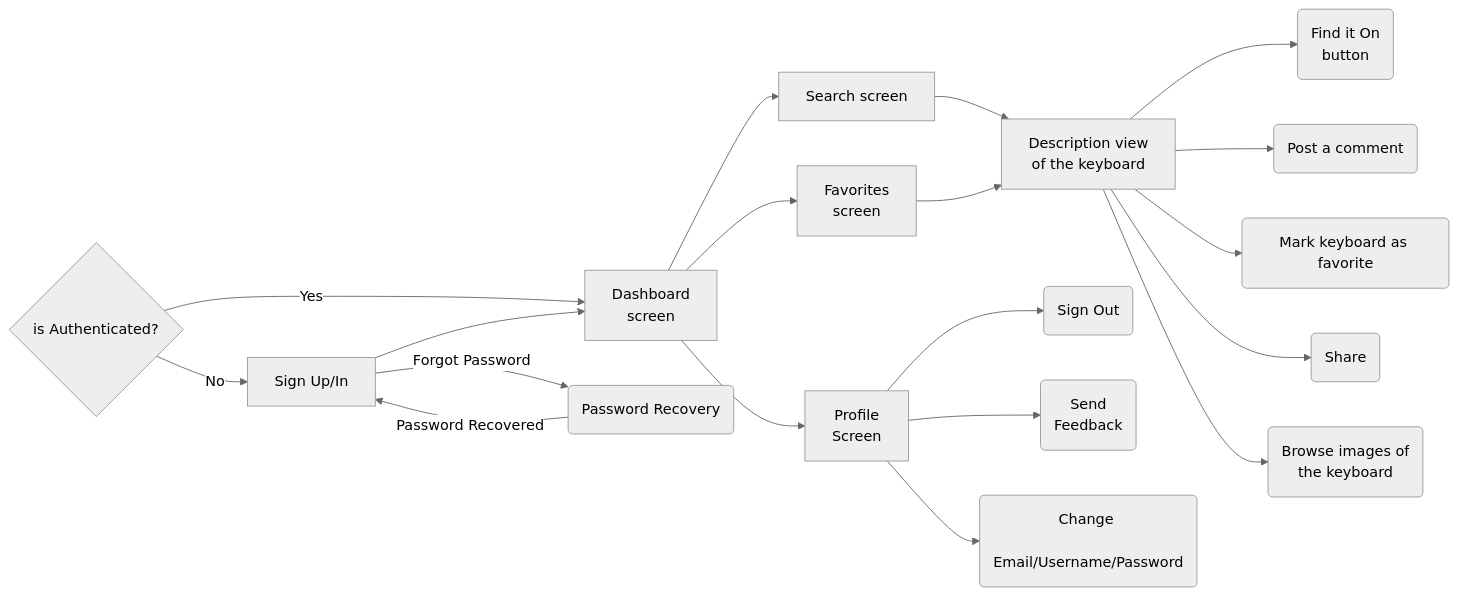
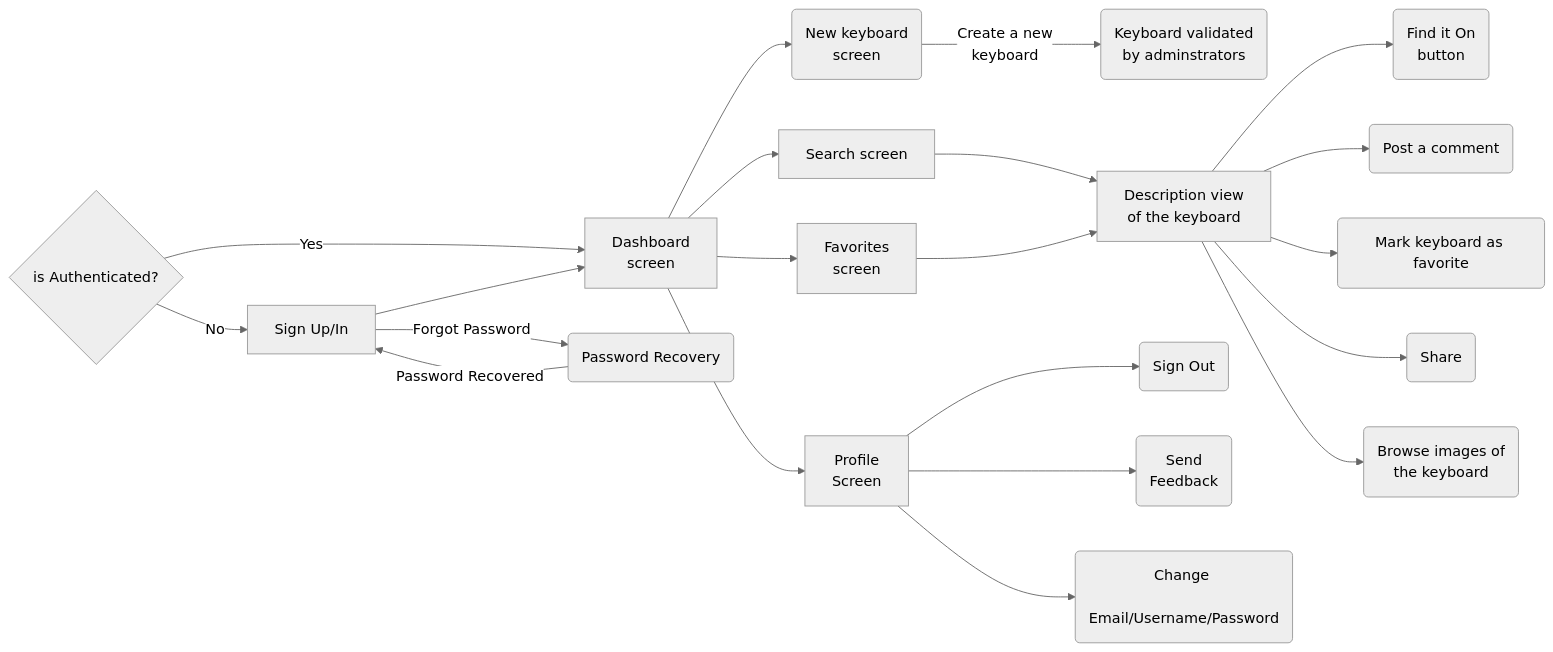
Before and after one commit to Vlastrix/keytastic_backend: the diagram in docs/flow_of_keytastic/userFlow.md, drawn with Mermaid (neutral theme). The commit also changed other lines of this file and 4 other files, not shown here.

````diff
--- a/docs/flow_of_keytastic/userFlow.md
+++ b/docs/flow_of_keytastic/userFlow.md
@@ -2,22 +3,24 @@
 ```mermaid
 graph LR
     C{is Authenticated?}
     C -->|Yes| D[Dashboard \n screen]
     C -->|No| E[Sign Up/In]
     E -->|Forgot Password| Y(Password Recovery)
     Y -->|Password Recovered| E
     E --> D
+    D --> Z(New keyboard \n screen)
+    Z -->|Create a new \n keyboard| W(Keyboard validated \n by adminstrators)
     D --> H[Search screen]
     H --> I[Description view \n of the keyboard]
     I --> F(Find it On \n button)
     I --> G(Post a comment)
     I --> A(Mark keyboard as favorite)
     I --> B(Share)
     D --> K[Favorites \n screen]
     I --> X(Browse images of \n the keyboard)
     K --> I
     D --> P[Profile \n Screen]
     P --> Q(Sign Out)
     P --> T(Send \n Feedback)
     P --> R(Change \n Email/Username/Password)
 ```
````
